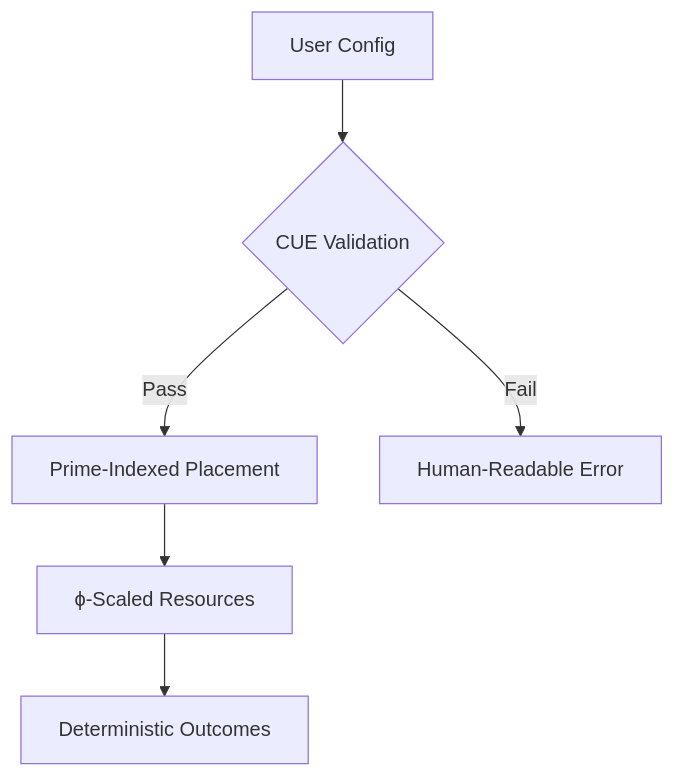
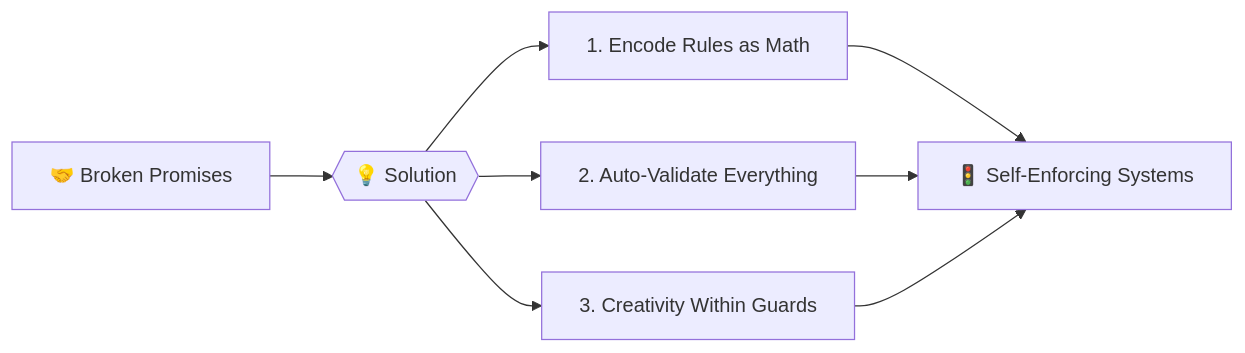
Before and after one commit to crazystorm720/bounded_chaos: the first of 2 diagrams in README.md, drawn with Mermaid. The commit also changed other lines of this file, not shown here.

````diff
--- a/README.md
+++ b/README.md
@@ -18,8 +4,10 @@
 ```mermaid
-graph TD
-    A[User Config] --> B{CUE Validation}
-    B -->|Pass| C[Prime-Indexed Placement]
-    B -->|Fail| D[Human-Readable Error]
-    C --> E[ϕ-Scaled Resources]
-    E --> F[Deterministic Outcomes]
+graph LR
+    A[🤝 Broken Promises] --> B{{💡 Solution}}
+    B --> C["1. Encode Rules as Math"]
+    B --> D["2. Auto-Validate Everything"]
+    B --> E["3. Creativity Within Guards"]
+    C --> F[🚦 Self-Enforcing Systems]
+    D --> F
+    E --> F
 ```
````
